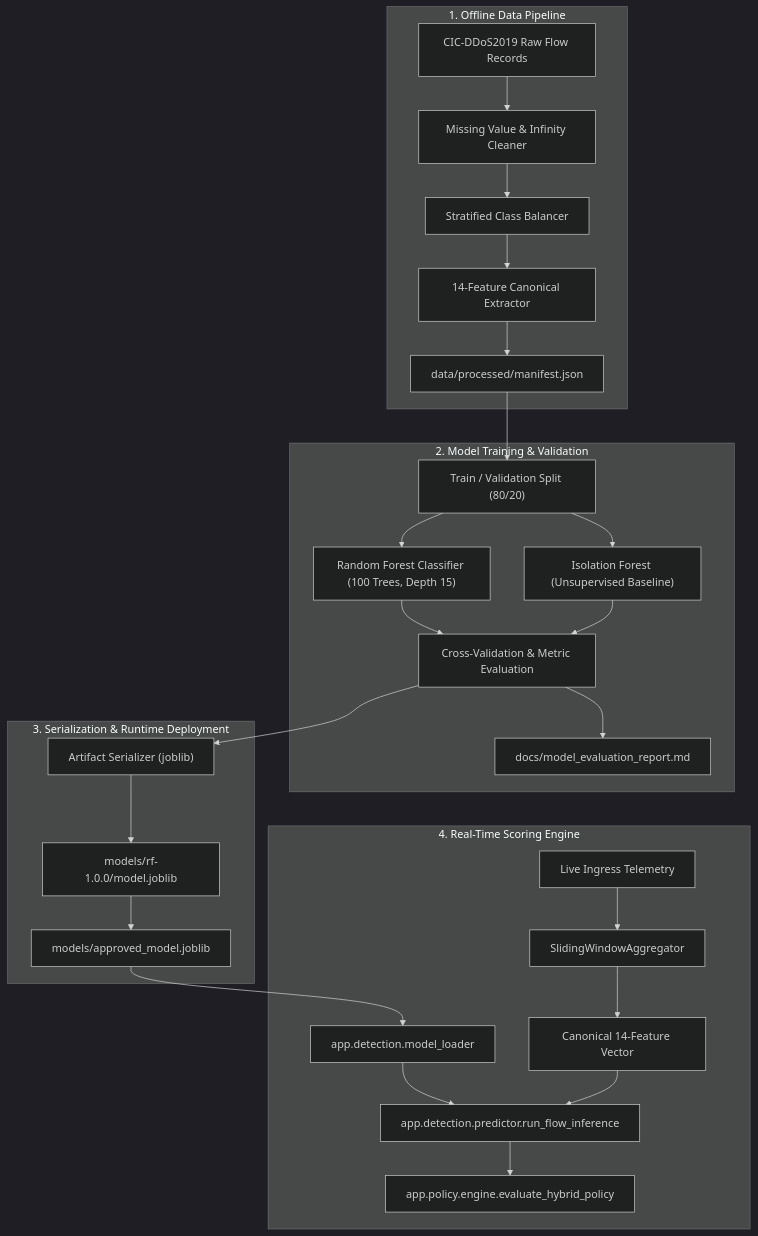
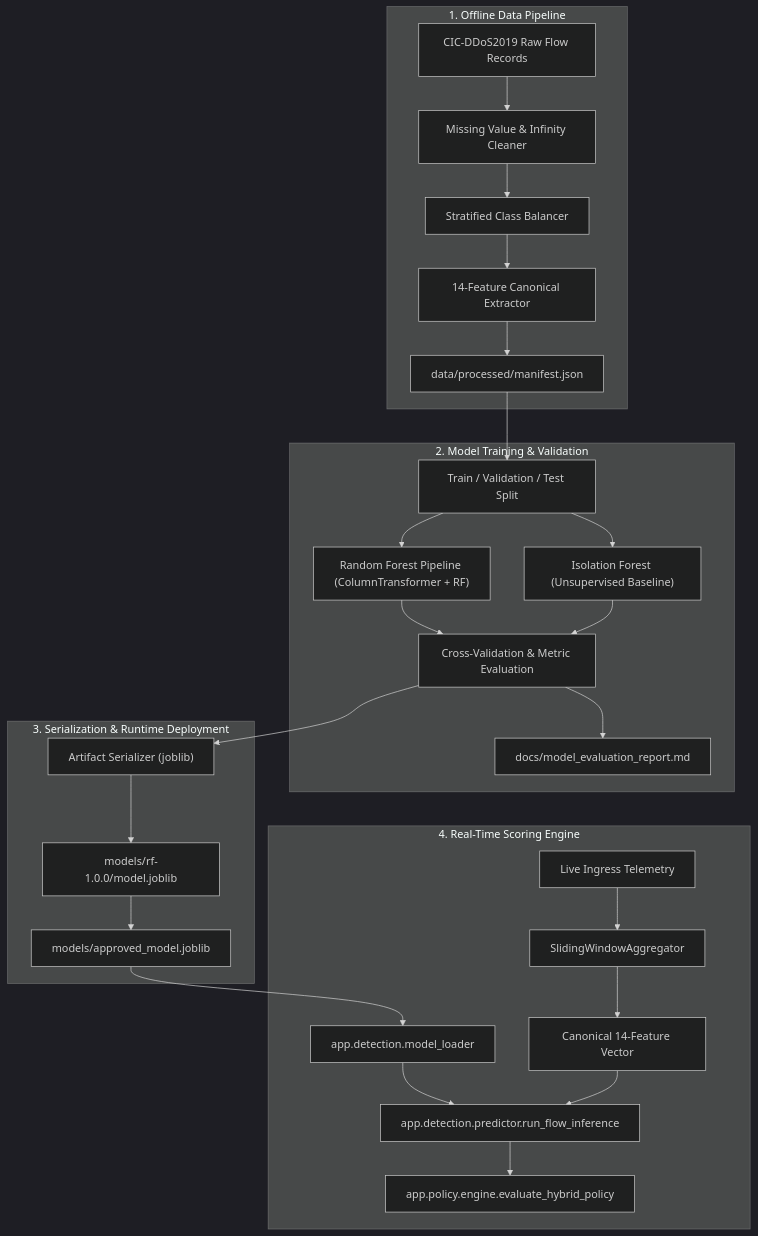
The diagram in docs/ML Pipeline.md (alokprasad573/DDoS-Detection-and-Mitigation-Simulator), drawn with Mermaid (dark theme) before and after one commit. The commit also changed other lines of this file and 7 other files, not shown here.

First line of the commit message:
Update Troubleshooting and API Schemas documentation

````diff
--- a/docs/ML Pipeline.md
+++ b/docs/ML Pipeline.md
@@ -16,37 +17,37 @@
 ```mermaid
 flowchart TD
     subgraph Data_Preparation["1. Offline Data Pipeline"]
         Raw["CIC-DDoS2019 Raw Flow Records"]
         Cleaner["Missing Value & Infinity Cleaner"]
         Sampler["Stratified Class Balancer"]
         Extractor["14-Feature Canonical Extractor"]
         
         Raw --> Cleaner --> Sampler --> Extractor
         Extractor --> Manifest["data/processed/manifest.json"]
     end
 
     subgraph Training_Evaluation["2. Model Training & Validation"]
-        Manifest --> Split["Train / Validation Split (80/20)"]
-        Split --> RF_Train["Random Forest Classifier (100 Trees, Depth 15)"]
+        Manifest --> Split["Train / Validation / Test Split"]
+        Split --> RF_Train["Random Forest Pipeline (ColumnTransformer + RF)"]
         Split --> IF_Train["Isolation Forest (Unsupervised Baseline)"]
         
         RF_Train --> Evaluator["Cross-Validation & Metric Evaluation"]
         IF_Train --> Evaluator
         Evaluator --> Report["docs/model_evaluation_report.md"]
     end
 
     subgraph Production_Export["3. Serialization & Runtime Deployment"]
         Evaluator --> Exporter["Artifact Serializer (joblib)"]
         Exporter --> Artifact["models/rf-1.0.0/model.joblib"]
         Artifact --> Symlink["models/approved_model.joblib"]
     end
 
     subgraph Runtime_Inference["4. Real-Time Scoring Engine"]
         LiveTraffic["Live Ingress Telemetry"] --> FeatureWin["SlidingWindowAggregator"]
         FeatureWin --> FeatureAlign["Canonical 14-Feature Vector"]
         Symlink --> ModelLoader["app.detection.model_loader"]
         ModelLoader --> Predictor["app.detection.predictor.run_flow_inference"]
         FeatureAlign --> Predictor
         Predictor --> Policy["app.policy.engine.evaluate_hybrid_policy"]
     end
 ```
````
